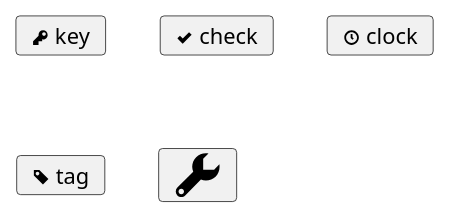
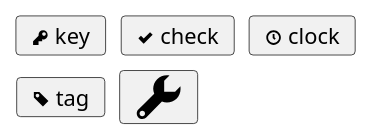
The diagram in img/assets/plantuml/diagrams/icons.puml (anoff/blog), drawn with PlantUML before and after one commit. The commit also changed 22 other files, not shown here.

```diff
--- a/img/assets/plantuml/diagrams/icons.puml
+++ b/img/assets/plantuml/diagrams/icons.puml
@@ -1,8 +1,10 @@
 @startuml icons
 skinparam monochrome true
+skinparam Nodesep 10
+skinparam Ranksep 10
 card "<&key> key"
 card "<&check> check"
 card "<&clock> clock"
 card "<&tag> tag"
 card "<size:42><&wrench></size>"
 @enduml
```
